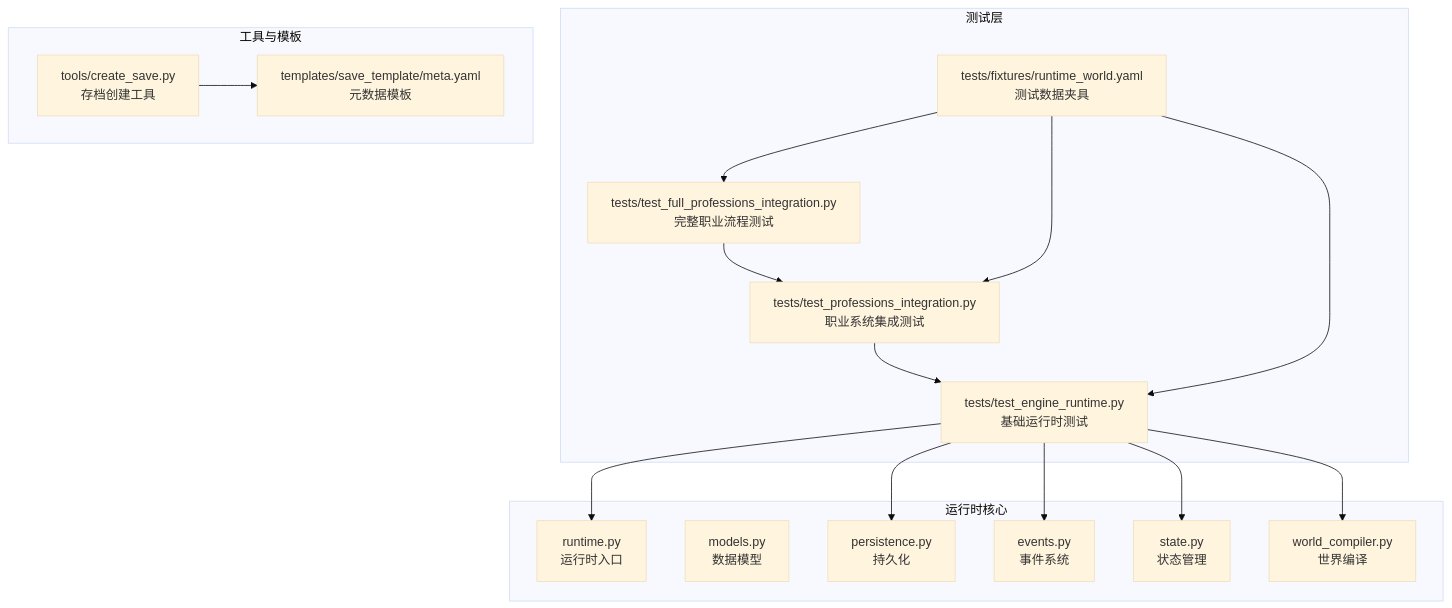
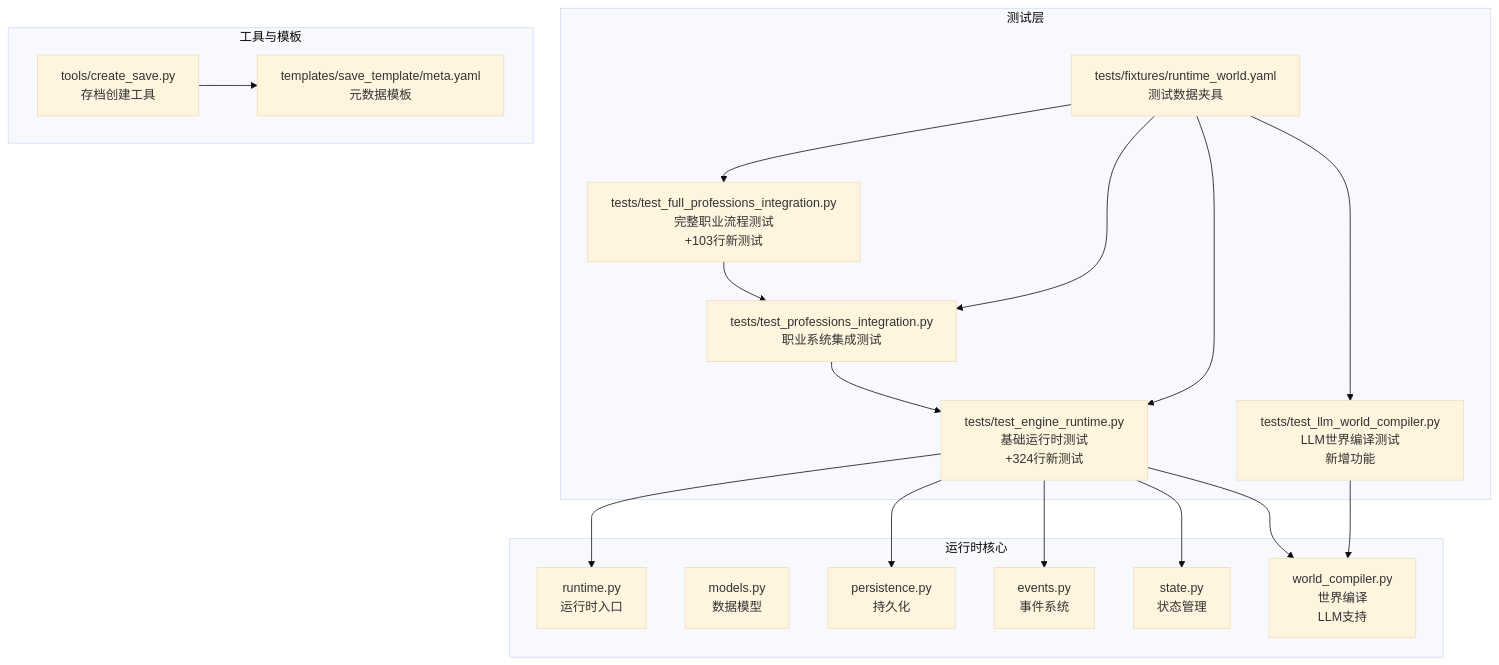
The first of 4 diagrams in .qoder/repowiki/zh/content/测试指南.md (Ivandanslespace/thegreatnovel), drawn with Mermaid (base theme) before and after one commit. The commit also changed other lines of this file and 64 other files, not shown here.

````diff
--- a/.qoder/repowiki/zh/content/测试指南.md
+++ b/.qoder/repowiki/zh/content/测试指南.md
@@ -51,32 +51,35 @@
 ```mermaid
 graph TB
 subgraph "测试层"
-T1["tests/test_engine_runtime.py<br/>基础运行时测试"]
-T2["tests/test_professions_integration.py<br/>职业系统集成测试"]
-T3["tests/test_full_professions_integration.py<br/>完整职业流程测试"]
+T1["tests/test_engine_runtime.py<br/>基础运行时测试<br/>+324行新测试"]
+T2["tests/test_llm_world_compiler.py<br/>LLM世界编译测试<br/>新增功能"]
+T3["tests/test_professions_integration.py<br/>职业系统集成测试"]
+T4["tests/test_full_professions_integration.py<br/>完整职业流程测试<br/>+103行新测试"]
 F1["tests/fixtures/runtime_world.yaml<br/>测试数据夹具"]
 end
 subgraph "运行时核心"
 R1["runtime.py<br/>运行时入口"]
 M1["models.py<br/>数据模型"]
 P1["persistence.py<br/>持久化"]
 E1["events.py<br/>事件系统"]
 S1["state.py<br/>状态管理"]
-W1["world_compiler.py<br/>世界编译"]
+W1["world_compiler.py<br/>世界编译<br/>LLM支持"]
 end
 subgraph "工具与模板"
 TL1["tools/create_save.py<br/>存档创建工具"]
 TM1["templates/save_template/meta.yaml<br/>元数据模板"]
 end
 T1 --> R1
 T1 --> P1
 T1 --> E1
 T1 --> S1
 T1 --> W1
-T2 --> T1
-T3 --> T2
+T2 --> W1
+T3 --> T1
+T4 --> T3
 F1 --> T1
 F1 --> T2
 F1 --> T3
+F1 --> T4
 TL1 --> TM1
 ```
````
